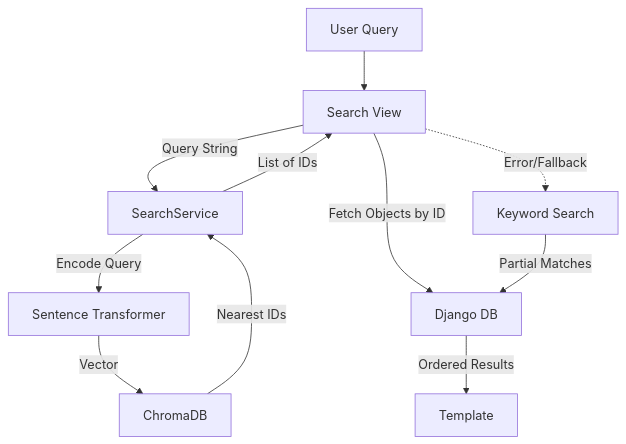
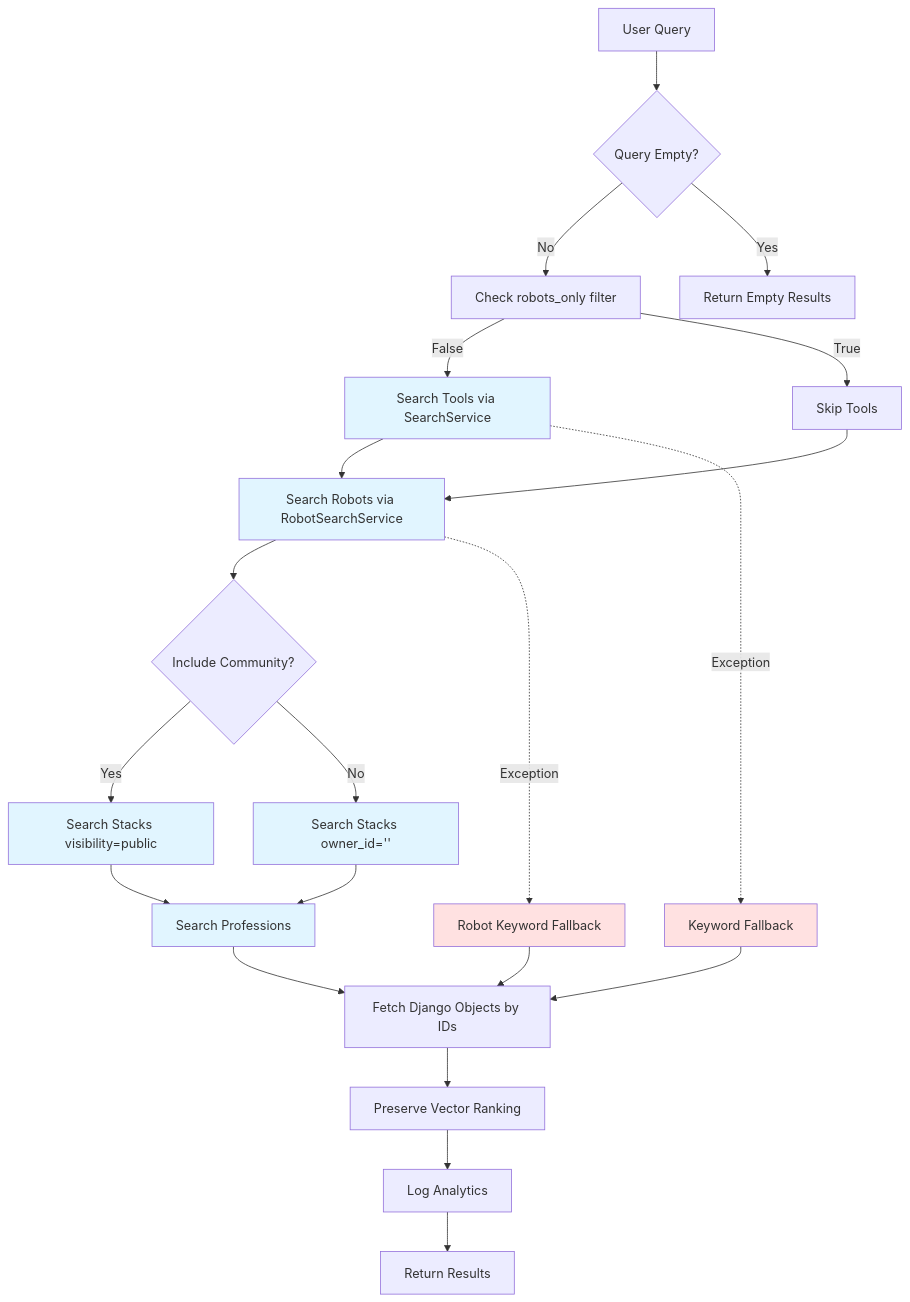
The second of 3 diagrams in doc/SEARCH_MECHANISM.md (uponai/aijack), drawn with Mermaid before and after one commit. The commit also changed other lines of this file and 1 other file, not shown here.

Commit message:
Comprehensively document the hybrid semantic search mechanism, including multilingual embeddings and the new RobotSearchService.

````diff
--- a/doc/SEARCH_MECHANISM.md
+++ b/doc/SEARCH_MECHANISM.md
@@ -84,14 +174,37 @@
 ```mermaid
 graph TD
-    User[User Query] --> A[Search View]
-    A -->|Query String| B[SearchService]
-    B -->|Encode Query| C[Sentence Transformer]
-    C -->|Vector| D[ChromaDB]
-    D -->|Nearest IDs| B
-    B -->|List of IDs| A
-    A -->|Fetch Objects by ID| E[Django DB]
-    E -->|Ordered Results| F[Template]
+    A[User Query] --> B{Query Empty?}
+    B -->|No| C[Check robots_only filter]
+    B -->|Yes| Z[Return Empty Results]
     
-    A -.->|Error/Fallback| G[Keyword Search]
-    G -->|Partial Matches| E
+    C -->|False| D[Search Tools via SearchService]
+    C -->|True| E[Skip Tools]
+    
+    D --> F[Search Robots via RobotSearchService]
+    E --> F
+    
+    F --> G{Include Community?}
+    G -->|Yes| H[Search Stacks visibility=public]
+    G -->|No| I[Search Stacks owner_id='']
+    
+    H --> J[Search Professions]
+    I --> J
+    
+    J --> K[Fetch Django Objects by IDs]
+    K --> L[Preserve Vector Ranking]
+    L --> M[Log Analytics]
+    M --> N[Return Results]
+    
+    D -.->|Exception| O[Keyword Fallback]
+    F -.->|Exception| P[Robot Keyword Fallback]
+    O --> K
+    P --> K
+    
+    style D fill:#e1f5ff
+    style F fill:#e1f5ff
+    style H fill:#e1f5ff
+    style I fill:#e1f5ff
+    style J fill:#e1f5ff
+    style O fill:#ffe1e1
+    style P fill:#ffe1e1
 ```
````
